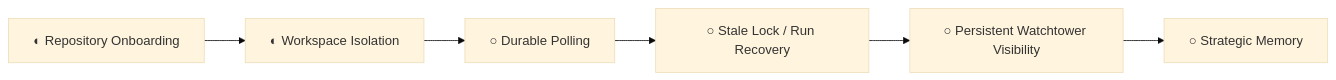
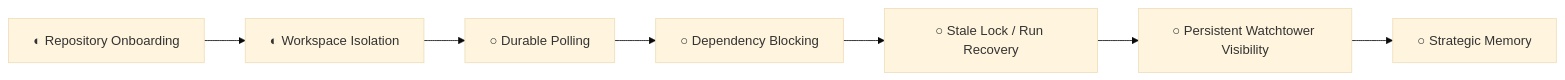
One commit to RedEagleSoftware/the-circus changed the third of 4 diagrams in docs/capability-tree.md. Above: the diagram before and after it, drawn with Mermaid (base theme). The commit also changed other lines of this file and 4 other files, not shown here.

Commit message:
Document issue dependency blocking roadmap

````diff
--- a/docs/capability-tree.md
+++ b/docs/capability-tree.md
@@ -42,15 +43,17 @@
 ```mermaid
 flowchart LR
     onboarding["◐ Repository Onboarding"]
     workspace["◐ Workspace Isolation"]
     polling["○ Durable Polling"]
+    dependency["○ Dependency Blocking"]
     recovery["○ Stale Lock / Run Recovery"]
     visibility["○ Persistent Watchtower Visibility"]
     memory["○ Strategic Memory"]
 
     onboarding --> workspace
     workspace --> polling
-    polling --> recovery
+    polling --> dependency
+    dependency --> recovery
     recovery --> visibility
     visibility --> memory
 ```
````
